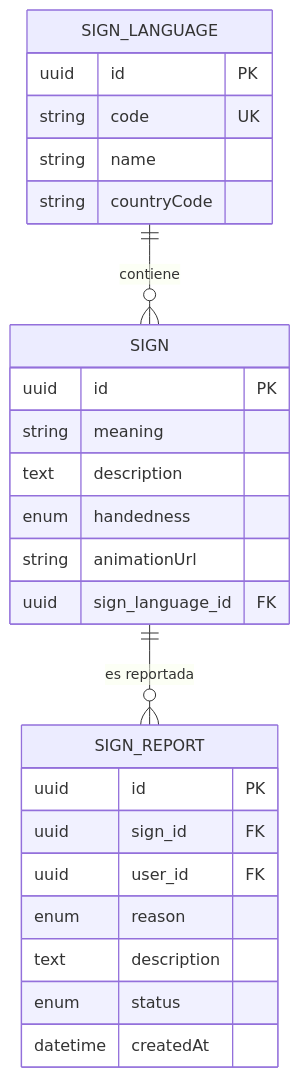
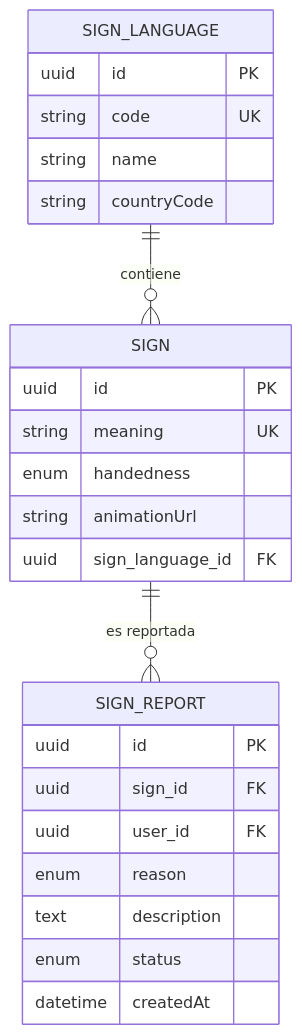
One commit to signasource/signa-api changed the second of 6 diagrams in docs/diagrams/er.md. Above: the diagram before and after it, drawn with Mermaid. The commit also changed other lines of this file and 30 other files, not shown here.

````diff
--- a/docs/diagrams/er.md
+++ b/docs/diagrams/er.md
@@ -64,29 +66,28 @@
 ```mermaid
 erDiagram
     SIGN_LANGUAGE ||--o{ SIGN : contiene
     SIGN ||--o{ SIGN_REPORT : "es reportada"
 
     SIGN_LANGUAGE {
         uuid id PK
         string code UK
         string name
         string countryCode
     }
     SIGN {
         uuid id PK
-        string meaning
-        text description
+        string meaning UK
         enum handedness
         string animationUrl
         uuid sign_language_id FK
     }
     SIGN_REPORT {
         uuid id PK
         uuid sign_id FK
         uuid user_id FK
         enum reason
         text description
         enum status
         datetime createdAt
     }
 ```
````
